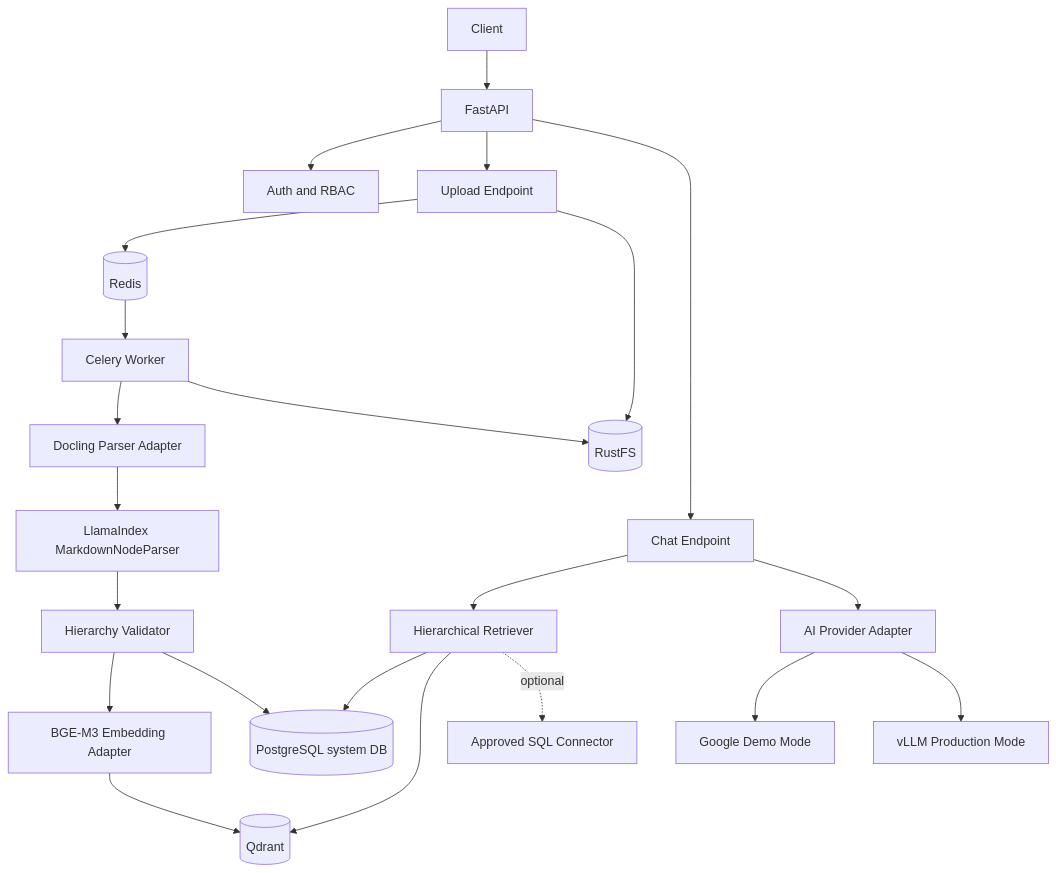
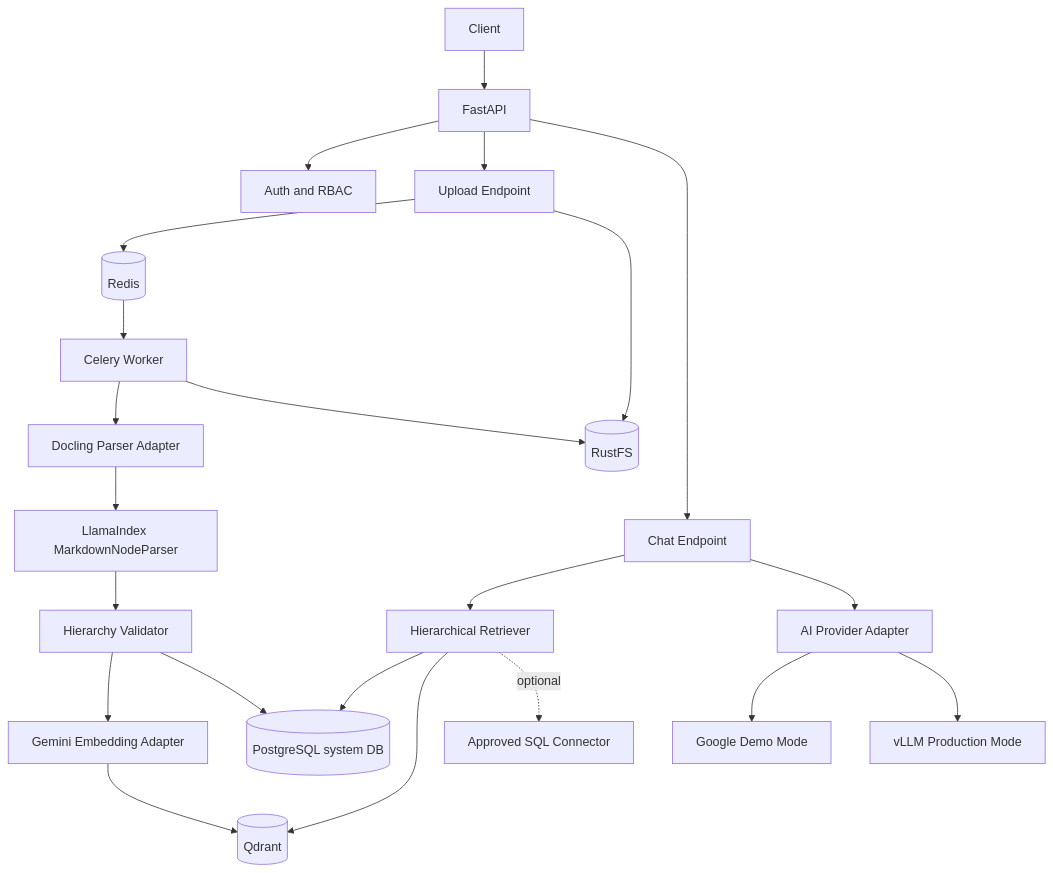
One commit to qtuanph/chatbot-rag changed the diagram in docs/01_SYSTEM_ARCHITECTURE.md. Above: the diagram before and after it, drawn with Mermaid. The commit also changed other lines of this file and 19 other files, not shown here.

Commit message:
feat: Replace BGE-M3 embedding with Google Gemini embedding and update related configurations

````diff
--- a/docs/01_SYSTEM_ARCHITECTURE.md
+++ b/docs/01_SYSTEM_ARCHITECTURE.md
@@ -22,28 +22,28 @@
 ```mermaid
 graph TD
     Client[Client] --> API[FastAPI]
     API --> Auth[Auth and RBAC]
     API --> Upload[Upload Endpoint]
     API --> Chat[Chat Endpoint]
 
     Upload --> Redis[(Redis)]
     Redis --> Worker[Celery Worker]
 
     Worker --> Parser[Docling Parser Adapter]
     Parser --> NodeParser[LlamaIndex MarkdownNodeParser]
     NodeParser --> Validator[Hierarchy Validator]
-    Validator --> Embedder[BGE-M3 Embedding Adapter]
+    Validator --> Embedder[Gemini Embedding Adapter]
     Embedder --> Qdrant[(Qdrant)]
     Validator --> PG[(PostgreSQL system DB)]
 
     Upload --> RustFS[(RustFS)]
     Worker --> RustFS
 
     Chat --> Retriever[Hierarchical Retriever]
     Retriever --> PG
     Retriever --> Qdrant
     Retriever -. optional .-> SQLConnector[Approved SQL Connector]
     Chat --> LLM[AI Provider Adapter]
     LLM --> Google[Google Demo Mode]
     LLM --> vLLM[vLLM Production Mode]
 ```
````
